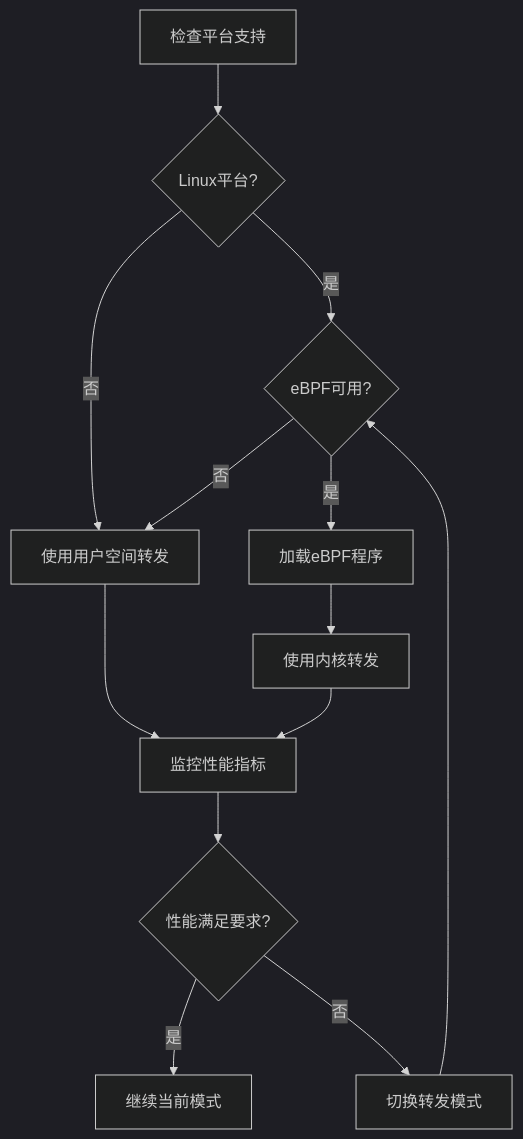
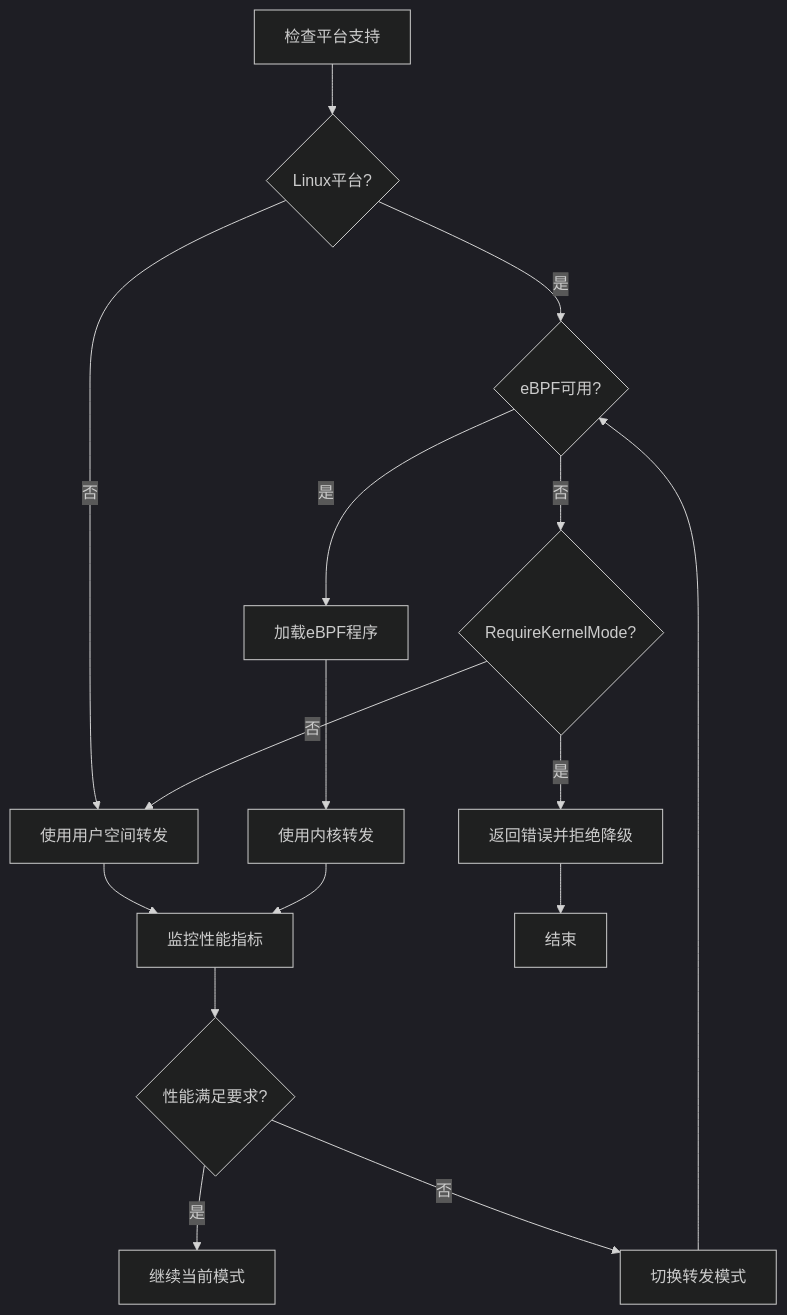
The tenth of 10 diagrams in .qoder/repowiki/zh/content/服务端架构/eBPF包转发系统.md (itsharex/NexTunnel), drawn with Mermaid (dark theme) before and after one commit. The commit also changed other lines of this file and 32 other files, not shown here.

````diff
--- a/.qoder/repowiki/zh/content/服务端架构/eBPF包转发系统.md
+++ b/.qoder/repowiki/zh/content/服务端架构/eBPF包转发系统.md
@@ -392,15 +486,18 @@
 ```mermaid
 flowchart TD
 CheckPlatform["检查平台支持"] --> PlatformCheck{"Linux平台?"}
 PlatformCheck --> |是| CheckEBPF{"eBPF可用?"}
 PlatformCheck --> |否| UseUserspace["使用用户空间转发"]
 CheckEBPF --> |是| LoadEBPF["加载eBPF程序"]
-CheckEBPF --> |否| UseUserspace
+CheckEBPF --> |否| CheckRequire{"RequireKernelMode?"}
+CheckRequire --> |是| ReturnError["返回错误并拒绝降级"]
+CheckRequire --> |否| UseUserspace
 LoadEBPF --> UseKernel["使用内核转发"]
 UseUserspace --> Monitor["监控性能指标"]
 UseKernel --> Monitor
 Monitor --> Performance{"性能满足要求?"}
 Performance --> |是| Continue["继续当前模式"]
 Performance --> |否| SwitchMode["切换转发模式"]
 SwitchMode --> CheckEBPF
+ReturnError --> End[结束]
 ```
````
